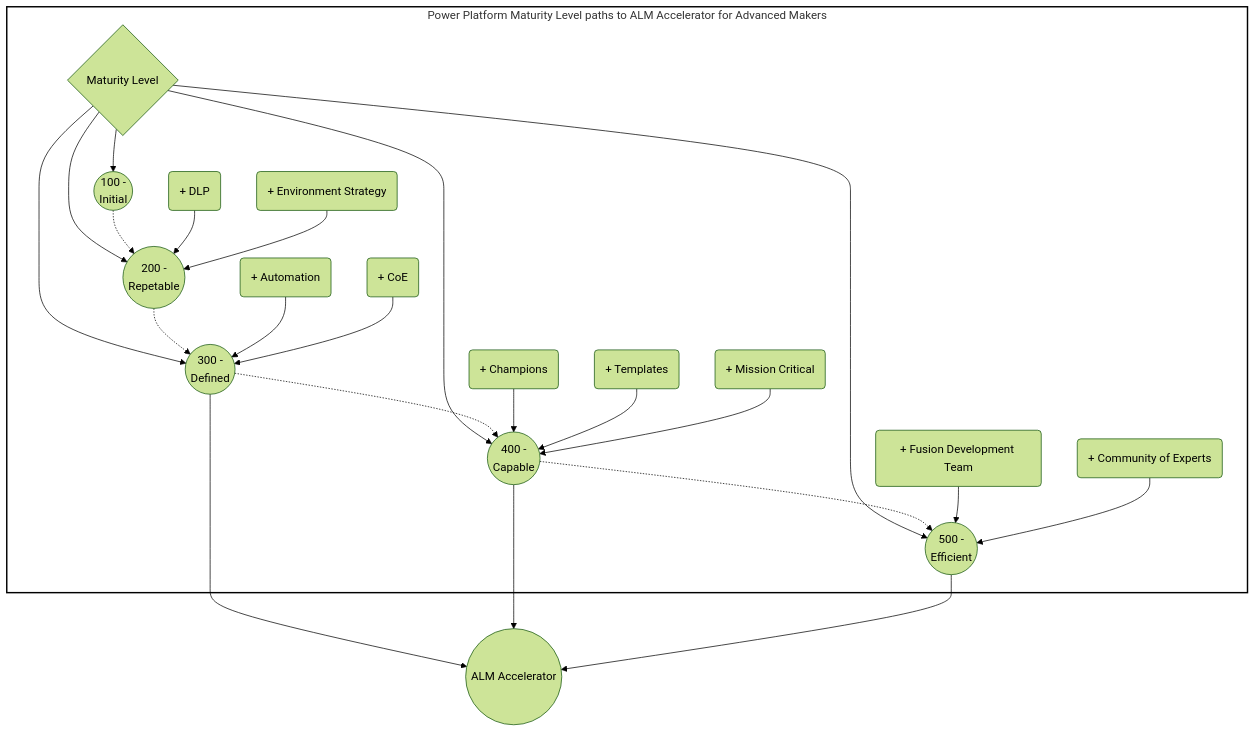
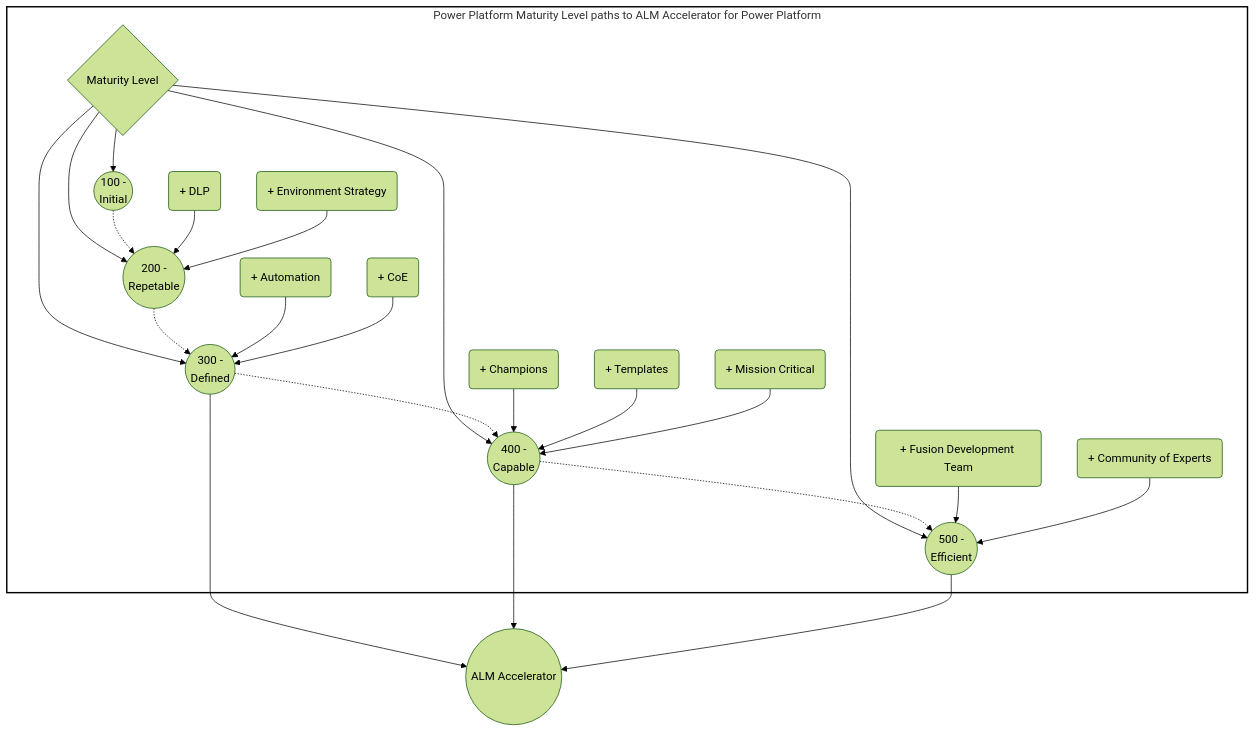
One commit to microsoft/coe-starter-kit changed the diagram in coe-cli/docs/alm/maturity/maturity.mmd. Above: the diagram before and after it, drawn with Mermaid (forest theme). The commit also changed 22 other files, not shown here.

```diff
--- a/coe-cli/docs/alm/maturity/maturity.mmd
+++ b/coe-cli/docs/alm/maturity/maturity.mmd
@@ -1,36 +1,36 @@
 graph
 
-    subgraph maturity[Power Platform Maturity Level paths to ALM Accelerator for Advanced Makers]
+    subgraph maturity[Power Platform Maturity Level paths to ALM Accelerator for Power Platform]
         M{Maturity Level}
         M --> 100((100 - <br/>Initial))
         M ---> 200((200 - <br/>Repetable))
         M ---> 300((300 - <br/>Defined))
         M ---> 400((400 - <br/>Capable))
         M ---> 500((500 - <br/>Efficient))
 
         100 -.-> 200
         200 -.-> 300
         300 -.-> 400
         400 -.-> 500
 
         DLP(+ DLP) --> 200
         Environment(+ Environment Strategy) --> 200 
 
         Automation(+ Automation) --> 300 
         CoE(+ CoE) --> 300
 
         Champions(+ Champions) --> 400 
         Templates(+ Templates) --> 400 
         MissionCritical(+ Mission Critical) --> 400
 
         Team(+ Fusion Development Team) --> 500
         Experts(+ Community of Experts) --> 500
     end
 
     style maturity fill:transparent,stroke:black,stroke-width:2px
 
     ALM((ALM Accelerator))
 
     300 --> ALM
     400 --> ALM
     500 --> ALM
```
